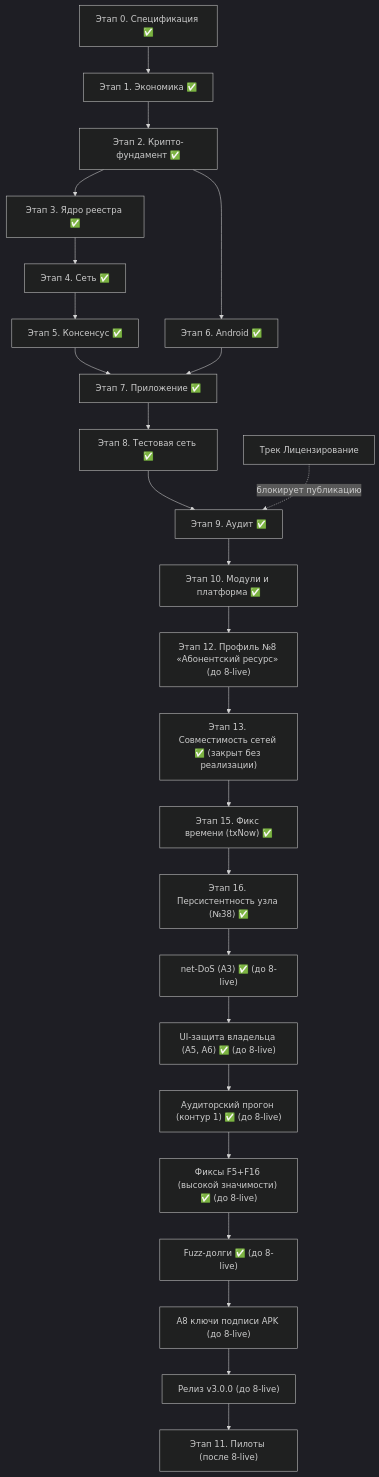
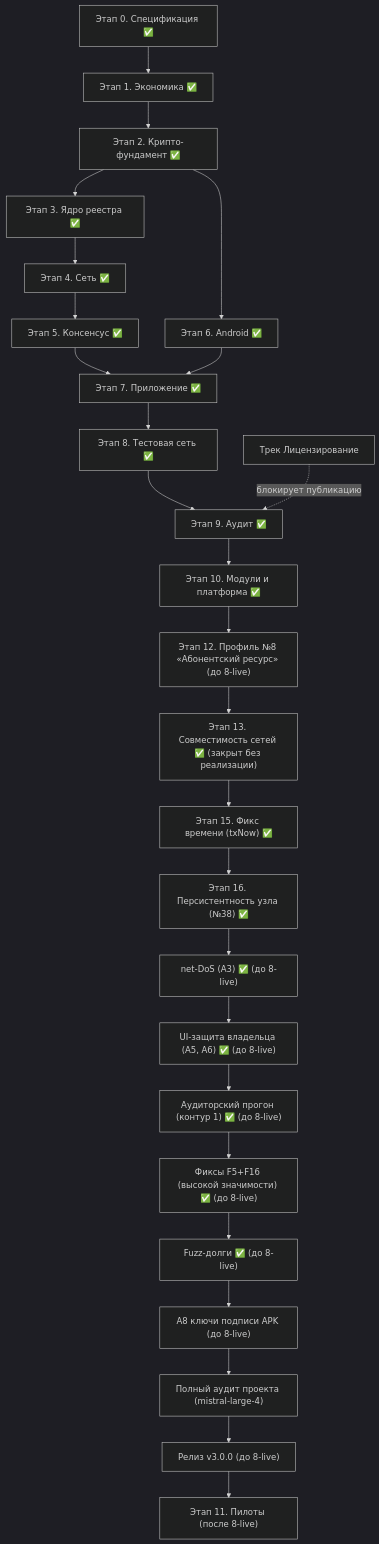
Before and after one commit to rumatakira74/equality-trust-networks: the diagram in docs/development-plan.md, drawn with Mermaid (dark theme).

Commit message:
план: mermaid зависимостей — полный аудит (mistral-large-4) между A8 и релизом v3.0.0

````diff
--- a/docs/development-plan.md
+++ b/docs/development-plan.md
@@ -457,27 +457,28 @@
 ```mermaid
 flowchart TD
     S0["Этап 0. Спецификация ✅"] --> S1["Этап 1. Экономика ✅"]
     S1 --> S2["Этап 2. Крипто-фундамент ✅"]
     S2 --> S3["Этап 3. Ядро реестра ✅"]
     S3 --> S4["Этап 4. Сеть ✅"]
     S4 --> S5["Этап 5. Консенсус ✅"]
     S2 --> S6["Этап 6. Android ✅"]
     S5 --> S7["Этап 7. Приложение ✅"]
     S6 --> S7
     S7 --> S8["Этап 8. Тестовая сеть ✅"]
     S8 --> S9["Этап 9. Аудит ✅"]
     S9 --> S10["Этап 10. Модули и платформа ✅"]
     S10 --> S12["Этап 12. Профиль №8 «Абонентский ресурс» (до 8-live)"]
     S12 --> S13["Этап 13. Совместимость сетей ✅ (закрыт без реализации)"]
     S13 --> S15["Этап 15. Фикс времени (txNow) ✅"]
     S15 --> S16["Этап 16. Персистентность узла (№38) ✅"]
     S16 --> SND["net-DoS (A3) ✅ (до 8-live)"]
     SND --> SUI["UI-защита владельца (A5, A6) ✅ (до 8-live)"]
     SUI --> AUD["Аудиторский прогон (контур 1) ✅ (до 8-live)"]
     AUD --> FIX["Фиксы F5+F16 (высокой значимости) ✅ (до 8-live)"]
     FIX --> FUZZ["Fuzz-долги ✅ (до 8-live)"]
     FUZZ --> A8K["A8 ключи подписи APK (до 8-live)"]
-    A8K --> S17["Релиз v3.0.0 (до 8-live)"]
+    A8K --> PPA["Полный аудит проекта (mistral-large-4)"]
+    PPA --> S17["Релиз v3.0.0 (до 8-live)"]
     S17 --> S11["Этап 11. Пилоты (после 8-live)"]
     L["Трек Лицензирование"] -. "блокирует публикацию" .-> S9
 ```
````
